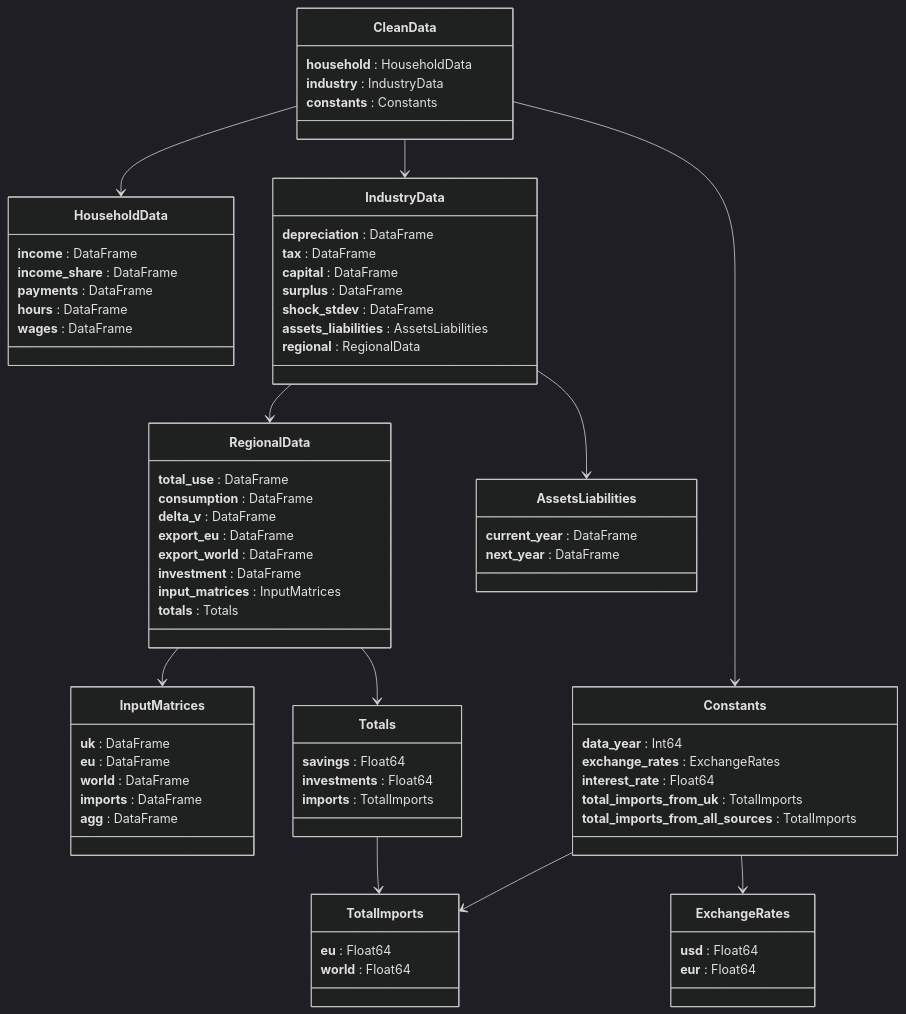
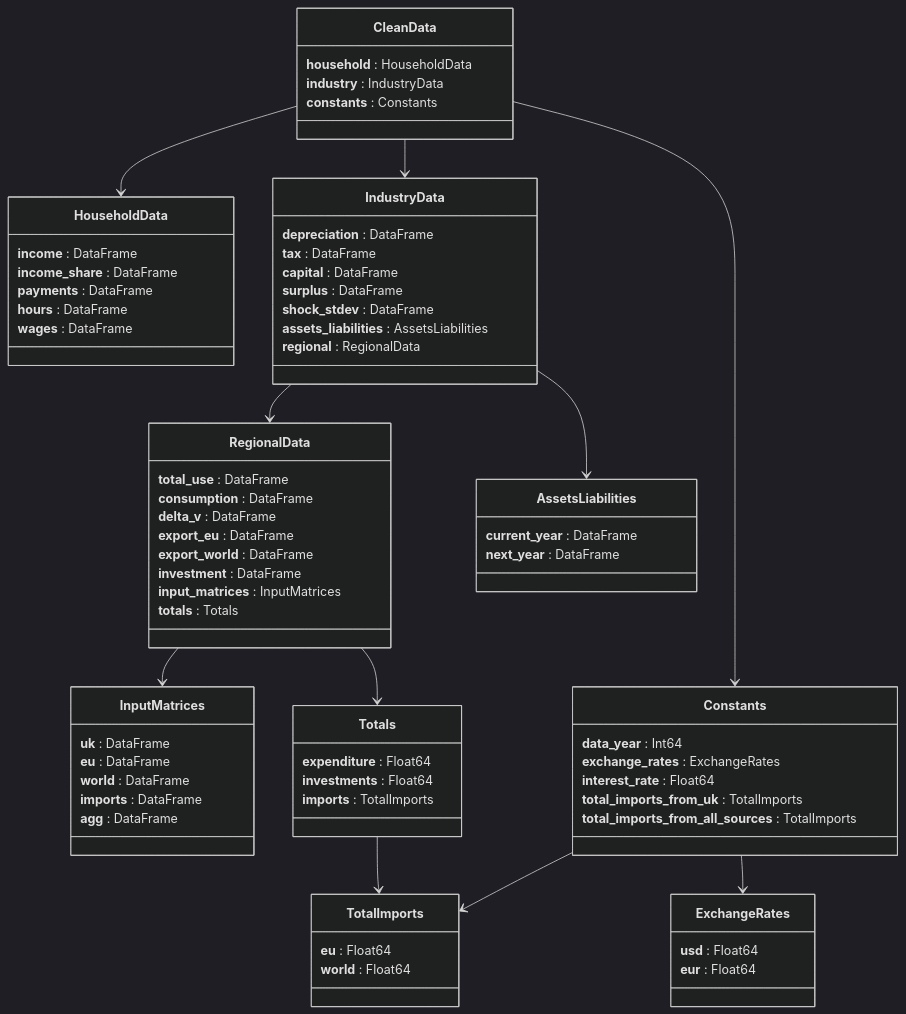
Before and after one commit to UCL/Supergrassi.jl: the diagram in README.md, drawn with Mermaid (dark theme). The commit also changed 3 other files, not shown here.

Commit message:
savings replaced with expenditure... find and replace all works

```diff
--- a/README.md
+++ b/README.md
@@ -64,7 +64,7 @@
     }
 
     class Totals {
-        **savings** : Float64
+        **expenditure** : Float64
         **investments** : Float64
         **imports** : TotalImports
     }
```
